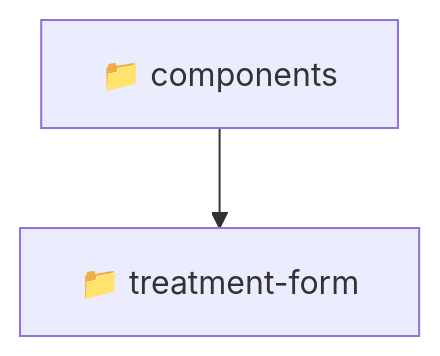
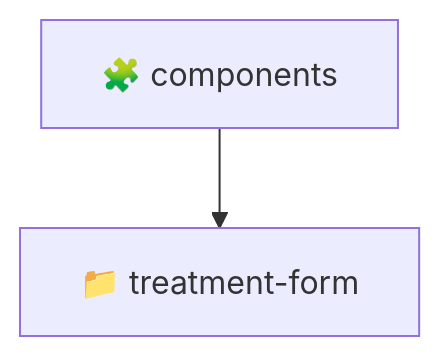
Before and after one commit to beginwebdev2002/fullstack-mavluda: the diagram in frontend/src/pages/treatments/components/README.md, drawn with Mermaid. The commit also changed other lines of this file and 164 other files, not shown here.

````diff
--- a/frontend/src/pages/treatments/components/README.md
+++ b/frontend/src/pages/treatments/components/README.md
@@ -11,5 +11,5 @@
 ```mermaid
 graph TD
-  Root["📁 components"]
-  Root --> treatment-form["📁 treatment-form"]
+  Root_components["🧩 components"]
+  Root_components --> d_treatment_form["📁 treatment-form"]
 ```
````
